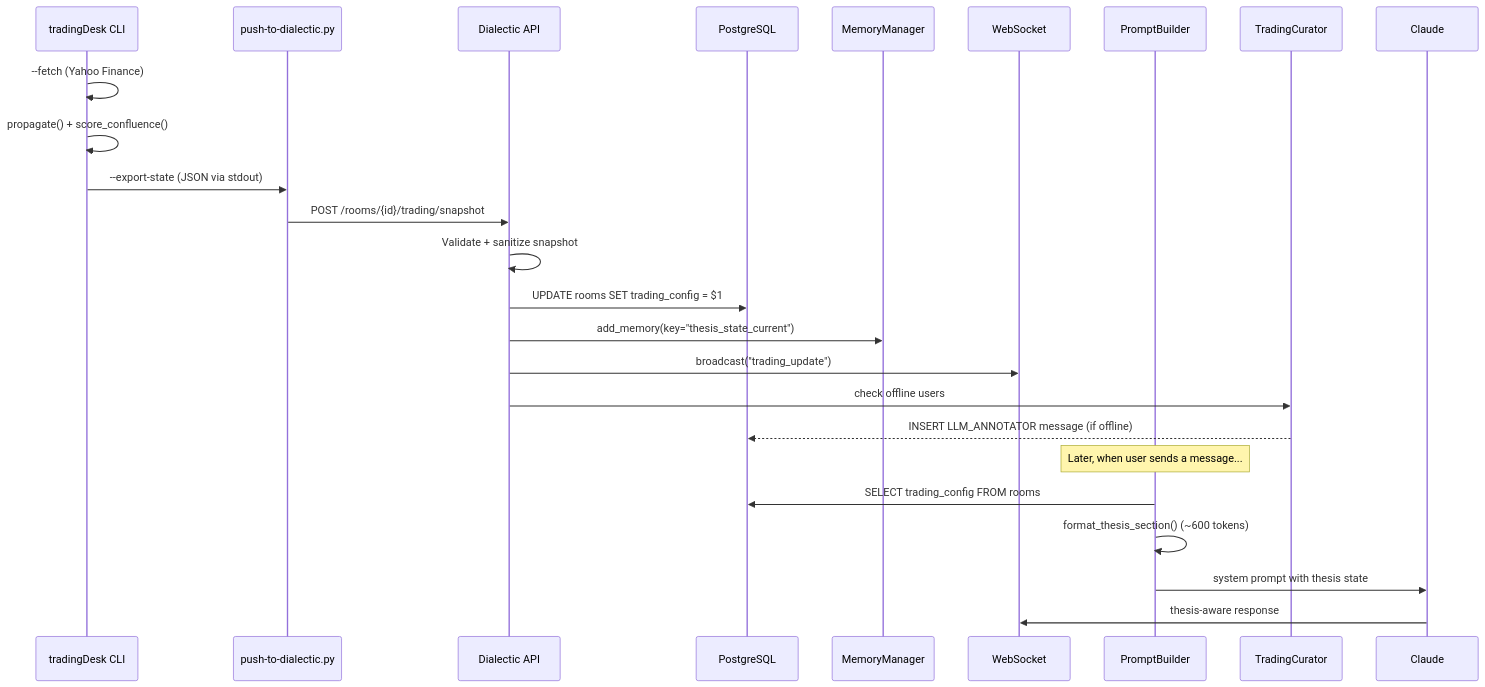
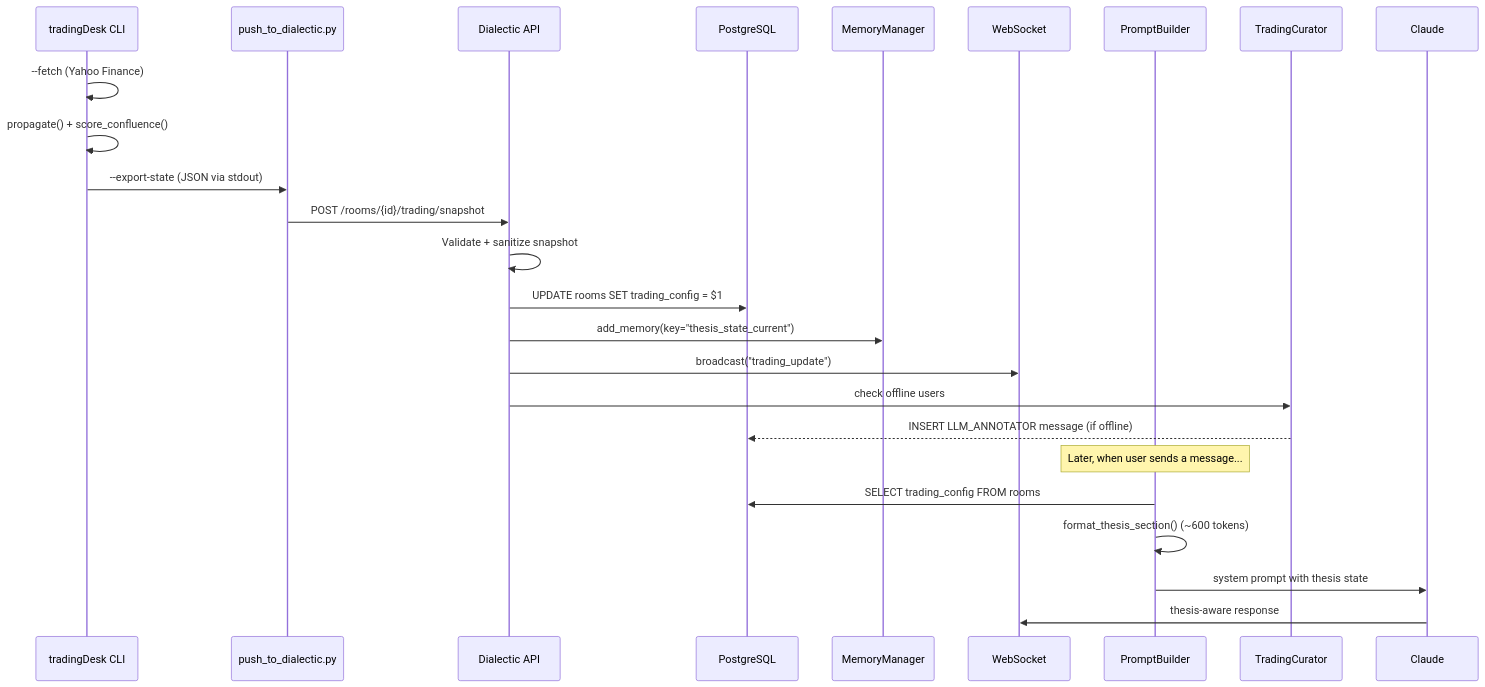
One commit to Skidudeaa/dialectic changed the first of 2 diagrams in docs/plans/2026-03-30-001-feat-dialectic-trading-room-integration-plan.md. Above: the diagram before and after it, drawn with Mermaid. The commit also changed other lines of this file and 37 other files, not shown here.

````diff
--- a/docs/plans/2026-03-30-001-feat-dialectic-trading-room-integration-plan.md
+++ b/docs/plans/2026-03-30-001-feat-dialectic-trading-room-integration-plan.md
@@ -104,29 +104,29 @@
 ```mermaid
 sequenceDiagram
     participant TD as tradingDesk CLI
-    participant Bridge as push-to-dialectic.py
+    participant Bridge as push_to_dialectic.py
     participant API as Dialectic API
     participant DB as PostgreSQL
     participant MM as MemoryManager
     participant WS as WebSocket
     participant PB as PromptBuilder
     participant TC as TradingCurator
     participant LLM as Claude
 
     TD->>TD: --fetch (Yahoo Finance)
     TD->>TD: propagate() + score_confluence()
     TD->>Bridge: --export-state (JSON via stdout)
     Bridge->>API: POST /rooms/{id}/trading/snapshot
     API->>API: Validate + sanitize snapshot
     API->>DB: UPDATE rooms SET trading_config = $1
     API->>MM: add_memory(key="thesis_state_current")
     API->>WS: broadcast("trading_update")
     API->>TC: check offline users
     TC-->>DB: INSERT LLM_ANNOTATOR message (if offline)
 
     Note over PB: Later, when user sends a message...
     PB->>DB: SELECT trading_config FROM rooms
     PB->>PB: format_thesis_section() (~600 tokens)
     PB->>LLM: system prompt with thesis state
     LLM->>WS: thesis-aware response
 ```
````
